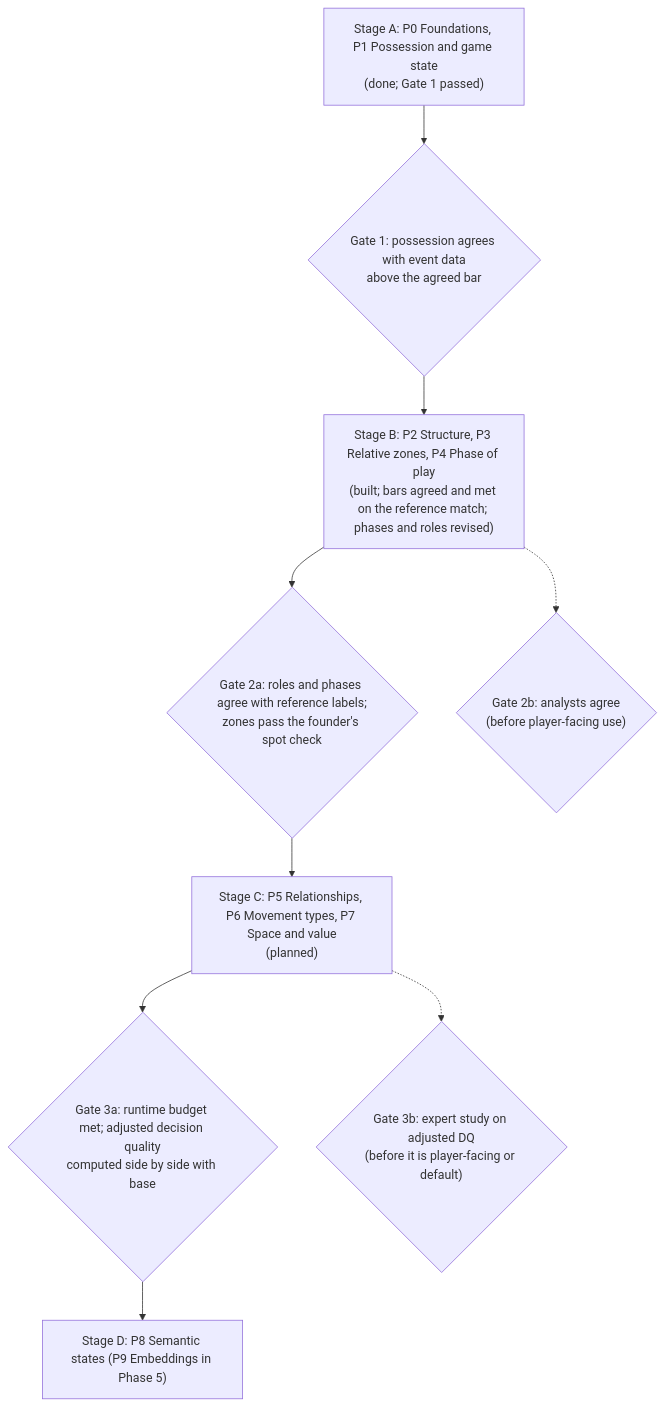
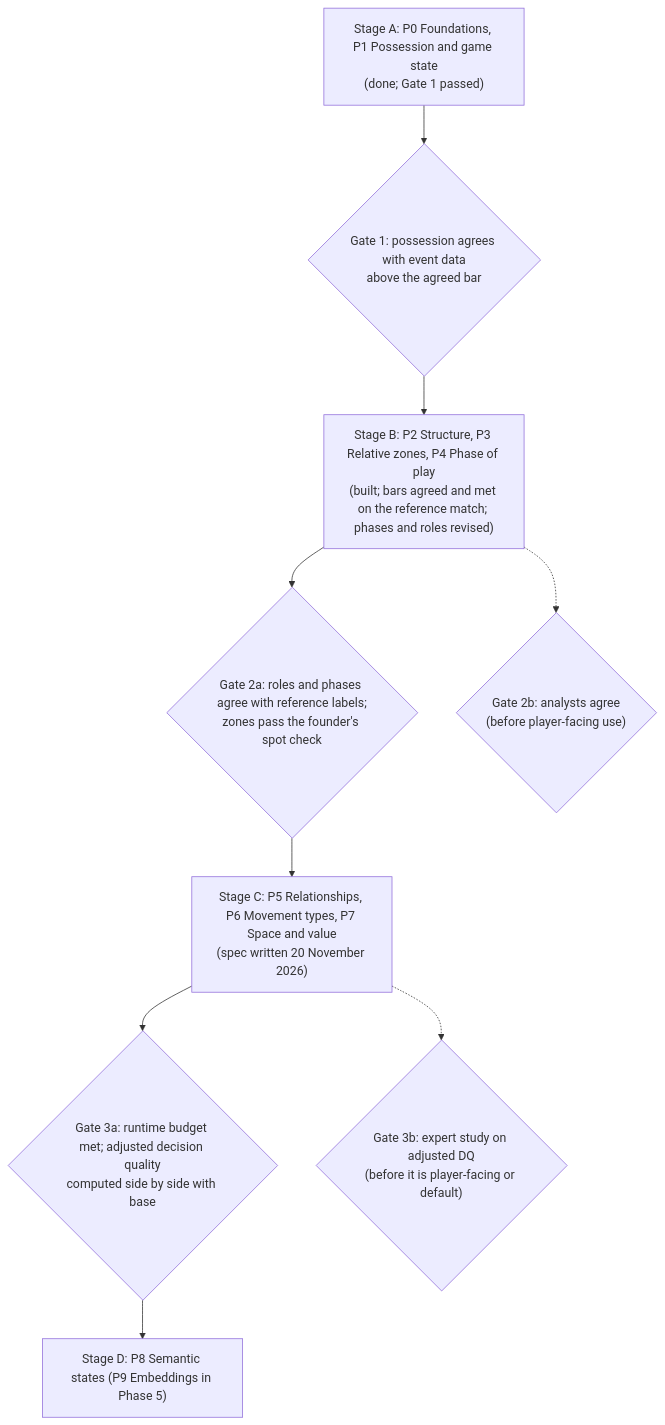
One commit to cgvgukapps/ponta-blueprint changed the diagram in ponta-blueprint/context-packages.md. Above: the diagram before and after it, drawn with Mermaid. The commit also changed other lines of this file and 5 other files, not shown here.

First line of the commit message:
Gate 2a round: both gaps diagnosed, two proposals for the founder; Stage C spec written

````diff
--- a/ponta-blueprint/context-packages.md
+++ b/ponta-blueprint/context-packages.md
@@ -76,13 +76,13 @@
 ```mermaid
 flowchart TB
   A["Stage A: P0 Foundations, P1 Possession and game state<br/>(done; Gate 1 passed)"]
   G1{"Gate 1: possession agrees with event data<br/>above the agreed bar"}
   B["Stage B: P2 Structure, P3 Relative zones, P4 Phase of play<br/>(built; bars agreed and met on the reference match; phases and roles revised)"]
   G2{"Gate 2a: roles and phases agree with reference labels;<br/>zones pass the founder's spot check"}
-  C["Stage C: P5 Relationships, P6 Movement types, P7 Space and value<br/>(planned)"]
+  C["Stage C: P5 Relationships, P6 Movement types, P7 Space and value<br/>(spec written 20 November 2026)"]
   G3{"Gate 3a: runtime budget met; adjusted decision quality<br/>computed side by side with base"}
   D["Stage D: P8 Semantic states (P9 Embeddings in Phase 5)"]
   A --> G1 --> B --> G2 --> C --> G3 --> D
   B -.-> G2b{"Gate 2b: analysts agree<br/>(before player-facing use)"}
   C -.-> G3b{"Gate 3b: expert study on adjusted DQ<br/>(before it is player-facing or default)"}
 ```
````
